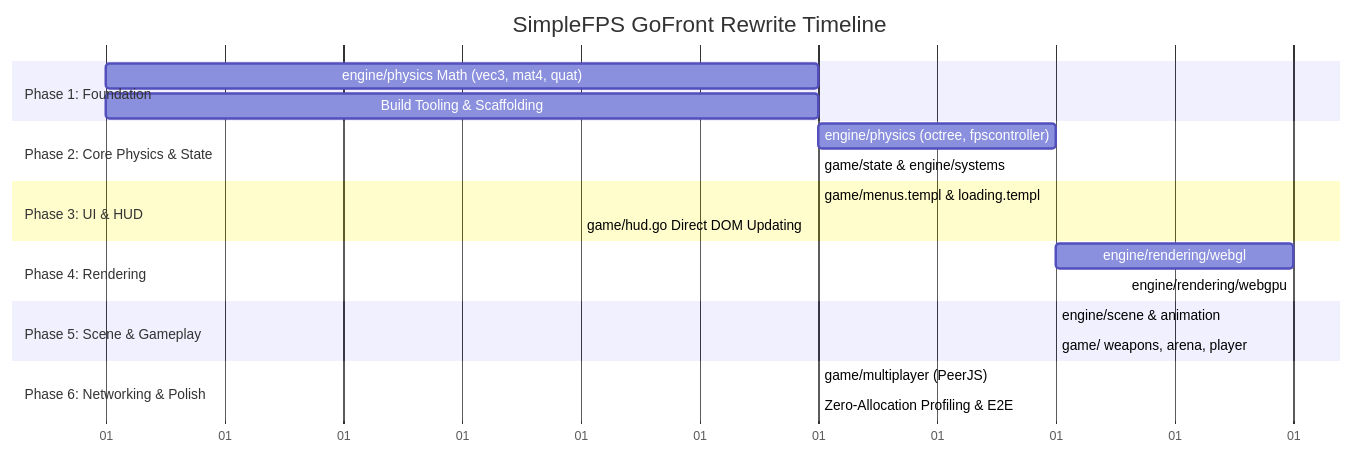
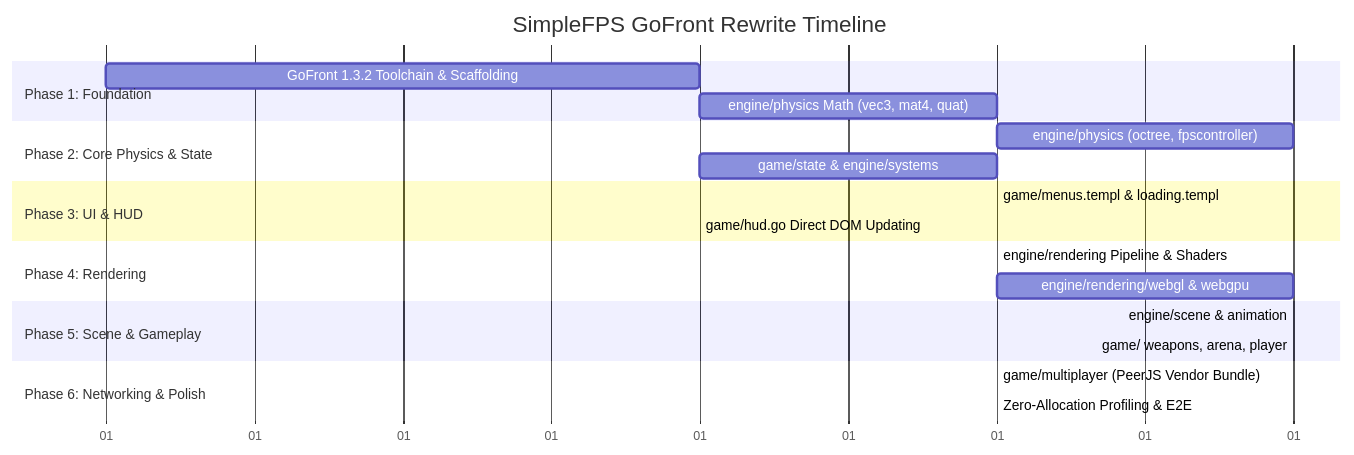
The third of 3 diagrams in docs/plans/gofront-rewrite-plan.md (seriva/simplefps), drawn with Mermaid before and after one commit. The commit also changed other lines of this file, not shown here.

Commit message:
docs: update GoFront engine design plan for v2.1.0 implementation readiness

````diff
--- a/docs/plans/gofront-rewrite-plan.md
+++ b/docs/plans/gofront-rewrite-plan.md
@@ -281,30 +356,30 @@
 ```mermaid
 gantt
     title SimpleFPS GoFront Rewrite Timeline
     dateFormat  X
     axisFormat %d
 
     section Phase 1: Foundation
-    engine/physics Math (vec3, mat4, quat) :p1, 0, 3
-    Build Tooling & Scaffolding            :p2, 1, 3
+    GoFront 1.3.2 Toolchain & Scaffolding   :p0, 0, 2
+    engine/physics Math (vec3, mat4, quat) :p1, after p0, 3
 
     section Phase 2: Core Physics & State
     engine/physics (octree, fpscontroller) :p3, after p1, 4
-    game/state & engine/systems            :p4, after p2, 3
+    game/state & engine/systems            :p4, after p0, 3
 
     section Phase 3: UI & HUD
     game/menus.templ & loading.templ       :p5, after p4, 3
     game/hud.go Direct DOM Updating        :p6, after p5, 2
 
     section Phase 4: Rendering
-    engine/rendering/webgl                 :p7, after p3, 5
-    engine/rendering/webgpu                :p8, after p7, 5
+    engine/rendering Pipeline & Shaders    :p7a, after p3, 3
+    engine/rendering/webgl & webgpu        :p7b, after p7a, 4
 
     section Phase 5: Scene & Gameplay
-    engine/scene & animation               :p9, after p7, 4
+    engine/scene & animation               :p9, after p7b, 4
     game/ weapons, arena, player           :p10, after p9, 4
 
     section Phase 6: Networking & Polish
-    game/multiplayer (PeerJS)              :p11, after p10, 3
+    game/multiplayer (PeerJS Vendor Bundle):p11, after p10, 3
     Zero-Allocation Profiling & E2E        :p12, after p11, 3
 ```
````
